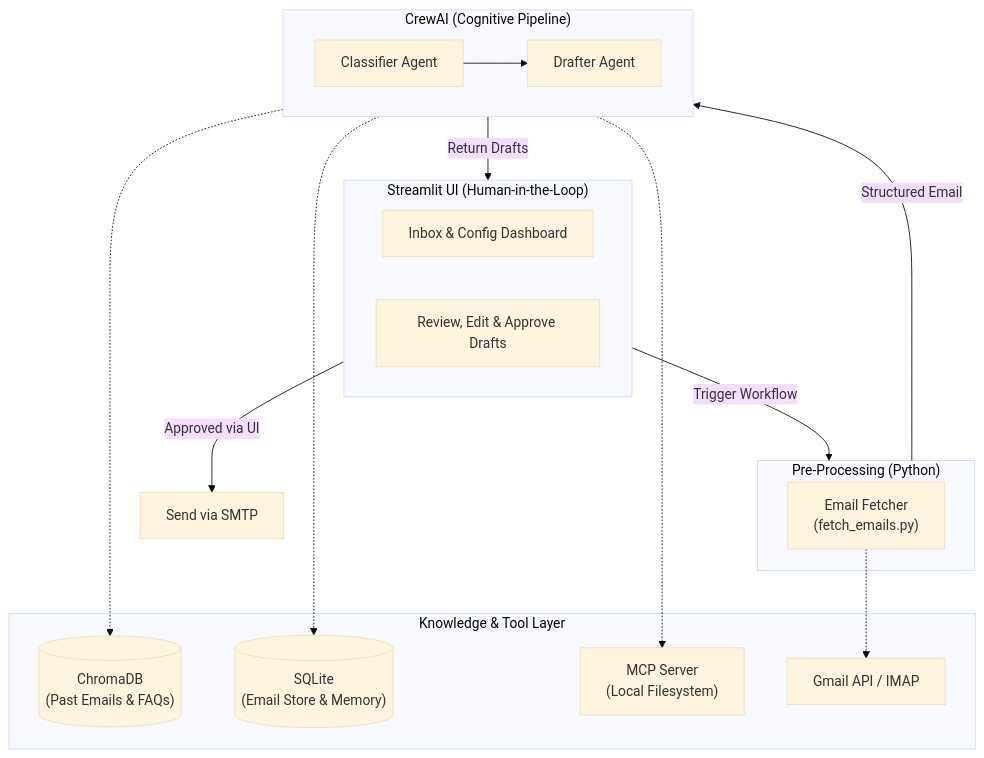
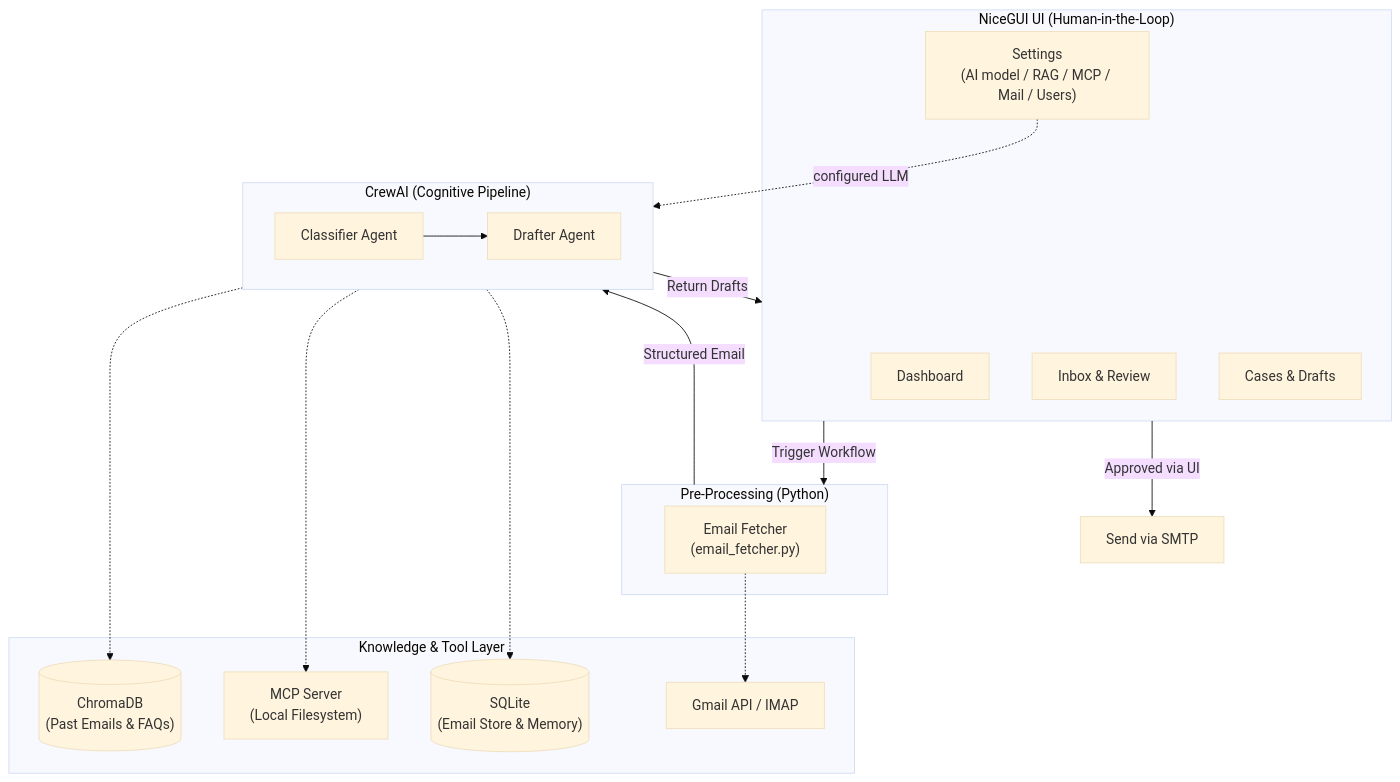
Before and after one commit to PolyU-Computer-Science/Year4-COMP4913-Capstone-Project: the first of 5 diagrams in README.md, drawn with Mermaid (base theme). The commit also changed other lines of this file and 24 other files, not shown here.

First line of the commit message:
Migrate frontend to NiceGUI and refactor core modules

````diff
--- a/README.md
+++ b/README.md
@@ -57,34 +59,36 @@
 ```mermaid
 flowchart TB
-    subgraph UI["Streamlit UI (Human-in-the-Loop)"]
-        Dashboard["Inbox & Config Dashboard"]
-        Review["Review, Edit & Approve Drafts"]
+    subgraph UI["NiceGUI UI (Human-in-the-Loop)"]
+        Dashboard["Dashboard"]
+        Inbox["Inbox & Review"]
+        Cases["Cases & Drafts"]
+        Settings["Settings<br/>(AI model / RAG / MCP / Mail / Users)"]
     end
 
     subgraph PreProcess["Pre-Processing (Python)"]
-        Fetcher["Email Fetcher\n(fetch_emails.py)"]
+        Fetcher["Email Fetcher\n(email_fetcher.py)"]
     end
 
     subgraph Crew["CrewAI (Cognitive Pipeline)"]
         direction LR
         Classifier["Classifier Agent"] --> Drafter["Drafter Agent"]
     end
 
     subgraph Data["Knowledge & Tool Layer"]
         RAG[("ChromaDB\n(Past Emails & FAQs)")]
         SQLite[("SQLite\n(Email Store & Memory)")]
         MCP["MCP Server\n(Local Filesystem)"]
         IMAP["Gmail API / IMAP"]
     end
 
     UI -->|Trigger Workflow| PreProcess
     PreProcess -->|Structured Email| Crew
     Crew -->|Return Drafts| UI
     UI -->|Approved via UI| SMTP["Send via SMTP"]
-    
+
+    Settings -.->|configured LLM| Crew
     Fetcher -.-> IMAP
     Drafter -.-> RAG
     Drafter -.-> MCP
     Crew -.-> SQLite
-
 ```
````
